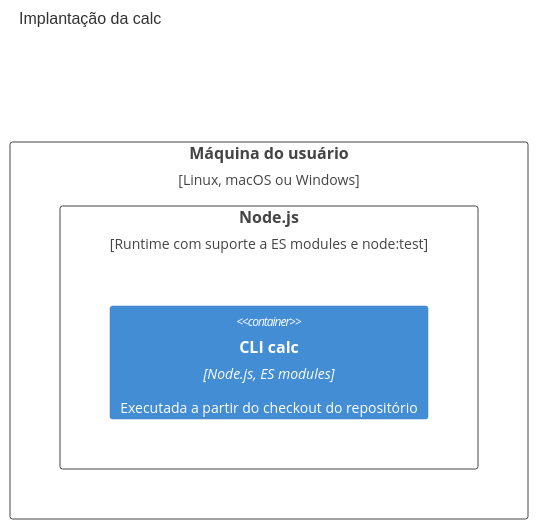
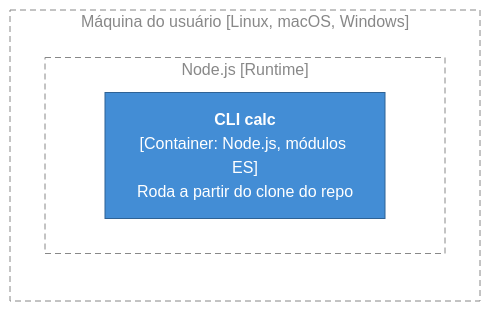
Before and after one commit to mateusblm/okeanos-agent: the fifth of 5 diagrams in examples/calc/docs/architecture.md, drawn with Mermaid. The commit also changed other lines of this file and 4 other files, not shown here.

First line of the commit message:
as-built: draw C4 notation with flowchart instead of native C4 diagrams

````diff
--- a/examples/calc/docs/architecture.md
+++ b/examples/calc/docs/architecture.md
@@ -142,9 +175,14 @@
 ```mermaid
-C4Deployment
-  title Implantação da calc
-  Deployment_Node(maquina, "Máquina do usuário", "Linux, macOS ou Windows") {
-    Deployment_Node(node, "Node.js", "Runtime com suporte a ES modules e node:test") {
-      Container(cli, "CLI calc", "Node.js, ES modules", "Executada a partir do checkout do repositório")
-    }
-  }
+%%{init: {"flowchart": {"wrappingWidth": 220, "nodeSpacing": 50, "rankSpacing": 70}}}%%
+flowchart LR
+  classDef container fill:#438dd5,stroke:#2e6295,color:#ffffff
+  classDef boundary fill:none,stroke:#888888,stroke-dasharray:6 4,color:#888888
+
+  subgraph maquina["Máquina do usuário [Linux, macOS, Windows]"]
+    subgraph runtime["Node.js [Runtime]"]
+      cliC["<b>CLI calc</b><br/>[Container: Node.js, módulos ES]<br/>Roda a partir do clone do repo"]:::container
+    end
+  end
+  class maquina boundary
+  class runtime boundary
 ```
````
